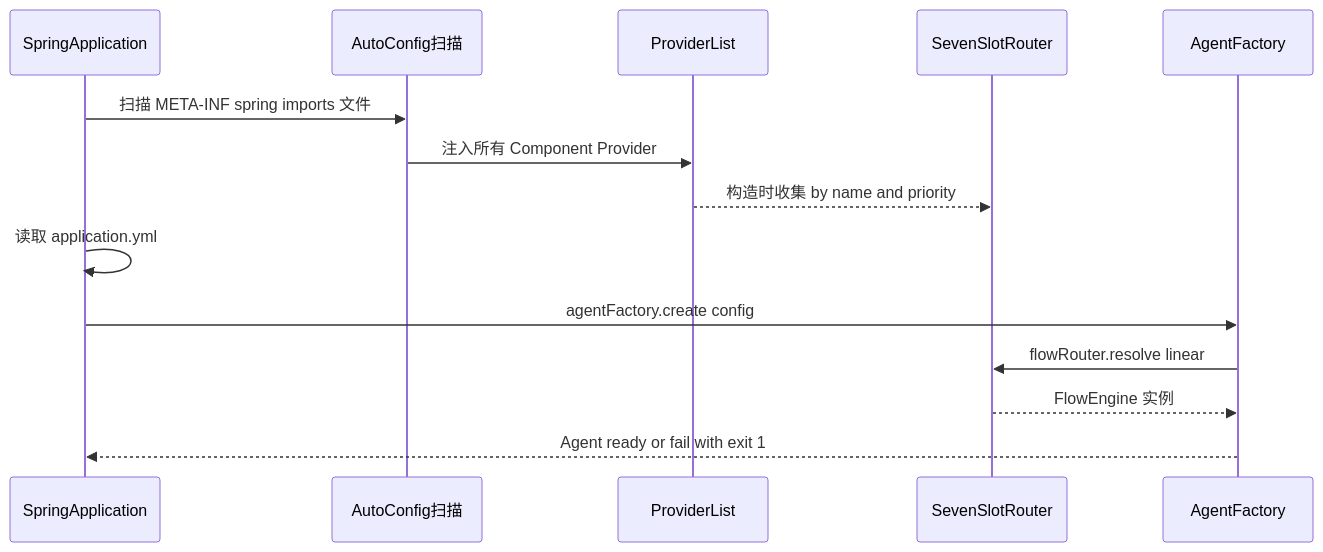
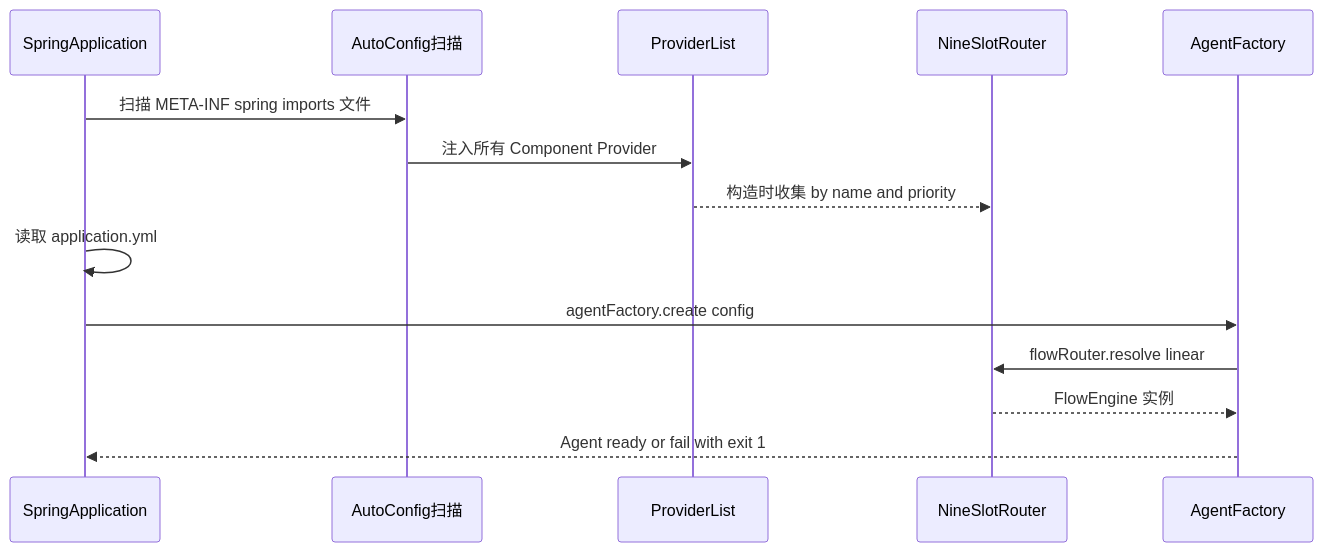
One commit to lingshu-ai-agent/lingshu changed the second of 6 diagrams in dsh_agent_design.md. Above: the diagram before and after it, drawn with Mermaid. The commit also changed other lines of this file and 1 other file, not shown here.

First line of the commit message:
docs: dsh v1.5.11 + CLAUDE.md v1.3.3 — Slot 计数/命名对齐 9 个 SPI

````diff
--- a/dsh_agent_design.md
+++ b/dsh_agent_design.md
@@ -3719,17 +3719,17 @@
 ```mermaid
 sequenceDiagram
     participant App as SpringApplication
     participant AC as AutoConfig扫描
     participant Prov as ProviderList
-    participant Router as SevenSlotRouter
+    participant Router as NineSlotRouter
     participant Factory as AgentFactory
 
     App->>AC: 扫描 META-INF spring imports 文件
     AC->>Prov: 注入所有 Component Provider
     Prov-->>Router: 构造时收集 by name and priority
     App->>App: 读取 application.yml
     App->>Factory: agentFactory.create config
     Factory->>Router: flowRouter.resolve linear
     Router-->>Factory: FlowEngine 实例
     Factory-->>App: Agent ready or fail with exit 1
 ```
````
